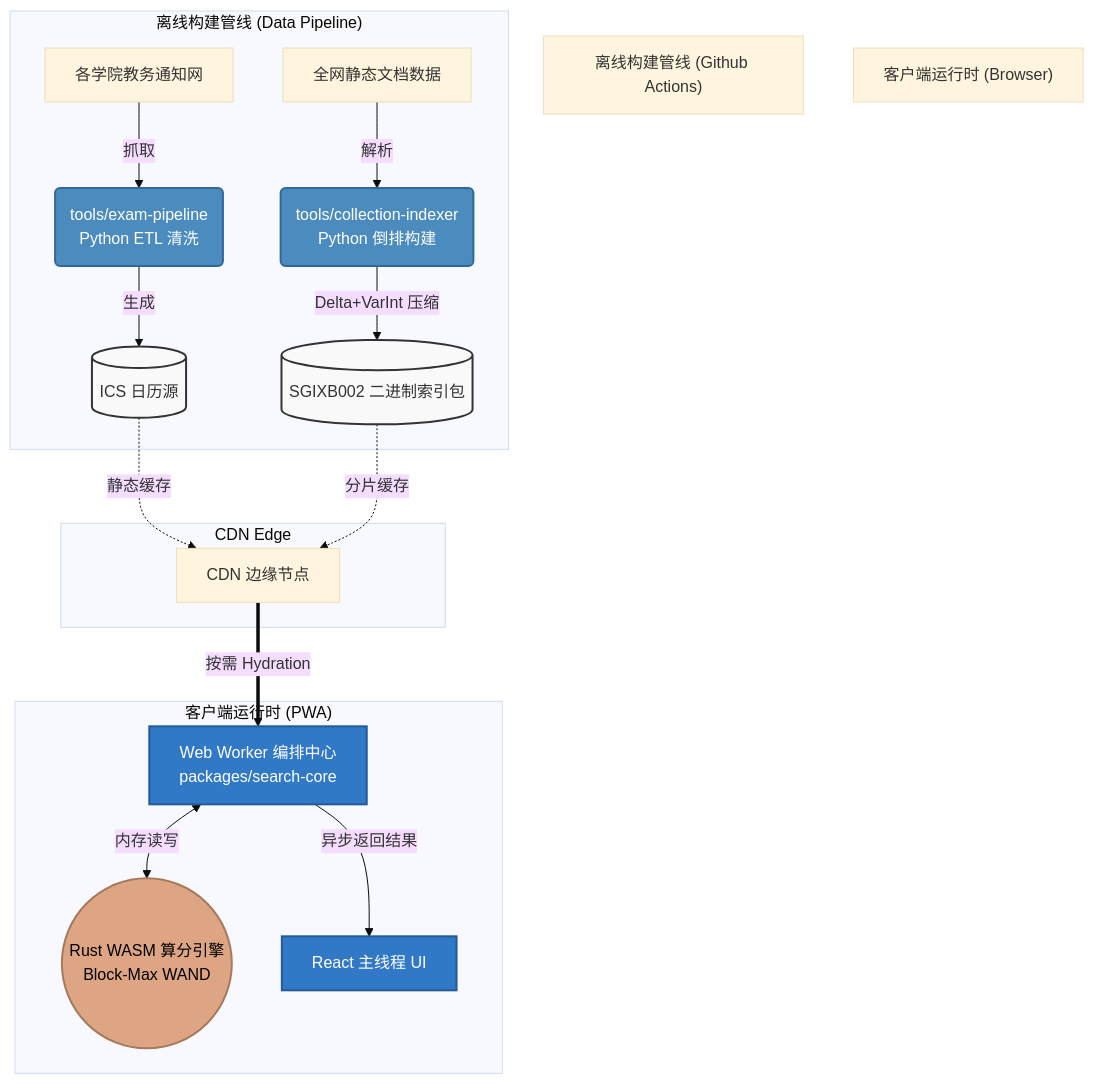
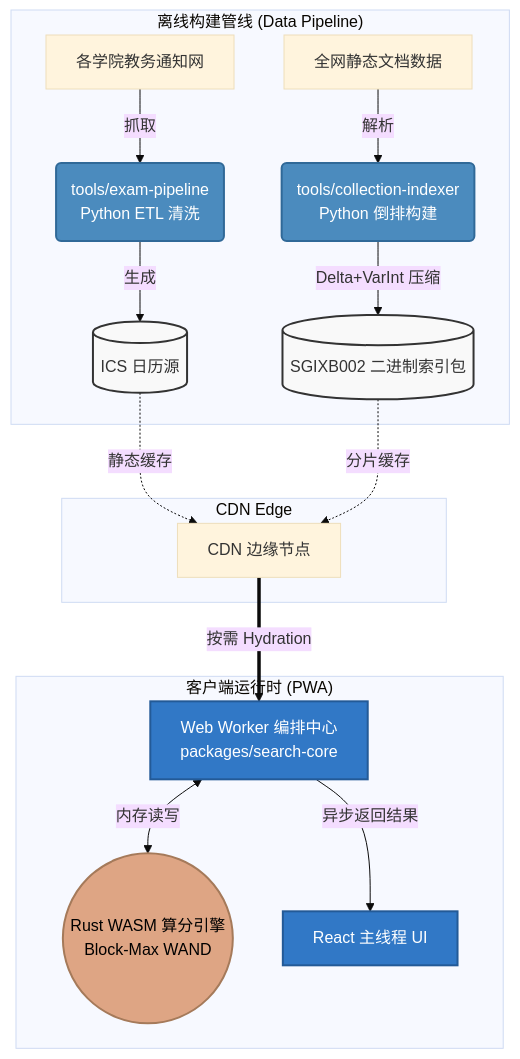
Before and after one commit to hicancan/NJUPT-Exam-Sync: the diagram in README.md, drawn with Mermaid (base theme).

Commit message:
docs: remove floating nodes from Mermaid diagram

````diff
--- a/README.md
+++ b/README.md
@@ -83,34 +83,31 @@
 ```mermaid
 graph TD
-    subaxis_offline["离线构建管线 (Github Actions)"]
-    subaxis_client["客户端运行时 (Browser)"]
-
     subgraph 离线管线 ["离线构建管线 (Data Pipeline)"]
         A["各学院教务通知网"] -->|抓取| B("tools/exam-pipeline<br>Python ETL 清洗")
         C["全网静态文档数据"] -->|解析| D("tools/collection-indexer<br>Python 倒排构建")
         
         B -->|生成| E[("ICS 日历源")]
         D -->|Delta+VarInt 压缩| F[("SGIXB002 二进制索引包")]
     end
 
     subgraph 边缘分发 ["CDN Edge"]
         E -.静态缓存.-> G["CDN 边缘节点"]
         F -.分片缓存.-> G
     end
 
     subgraph 客户端 ["客户端运行时 (PWA)"]
         G ==>|按需 Hydration| H["Web Worker 编排中心<br>packages/search-core"]
         H <-->|内存读写| I(("Rust WASM 算分引擎<br>Block-Max WAND"))
         H -->|异步返回结果| J["React 主线程 UI"]
     end
 
     classDef python fill:#4B8BBE,stroke:#306998,stroke-width:2px,color:white;
     classDef rust fill:#DEA584,stroke:#A57A5A,stroke-width:2px,color:black;
     classDef ts fill:#3178C6,stroke:#235A97,stroke-width:2px,color:white;
     classDef storage fill:#f9f9f9,stroke:#333,stroke-width:2px;
     
     class B,D python;
     class I rust;
     class H,J ts;
     class E,F storage;
 ```
````
